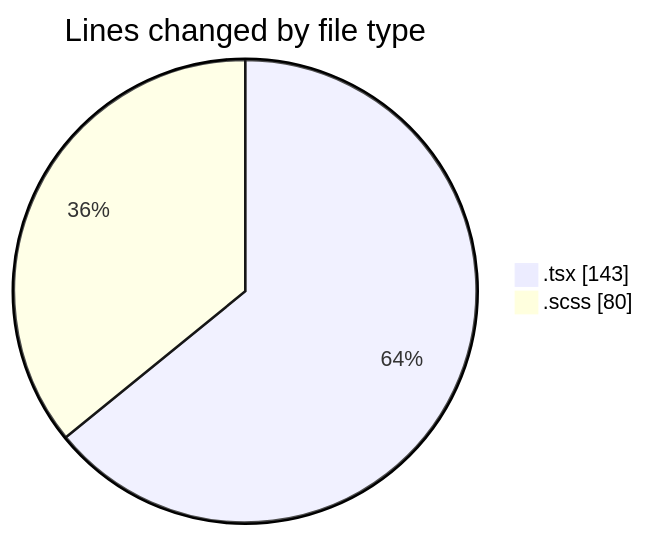
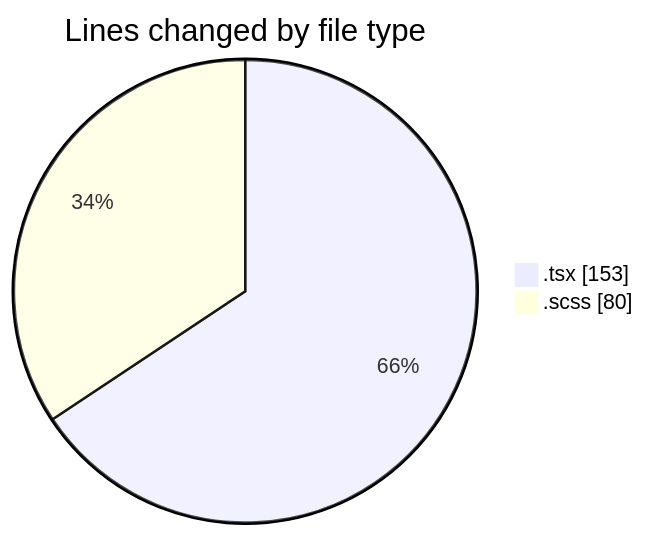
Before and after one commit to momahboobian/code-tracking: the first of 2 diagrams in 2025-05-06/cda/README.md, drawn with Mermaid. The commit also changed other lines of this file and 1 other file, not shown here.

````diff
--- a/2025-05-06/cda/README.md
+++ b/2025-05-06/cda/README.md
@@ -22,6 +22,6 @@
 ```mermaid
 pie showData
 title Lines changed by file type
-".tsx" : 143
+".tsx" : 153
 ".scss" : 80
 ```
````
